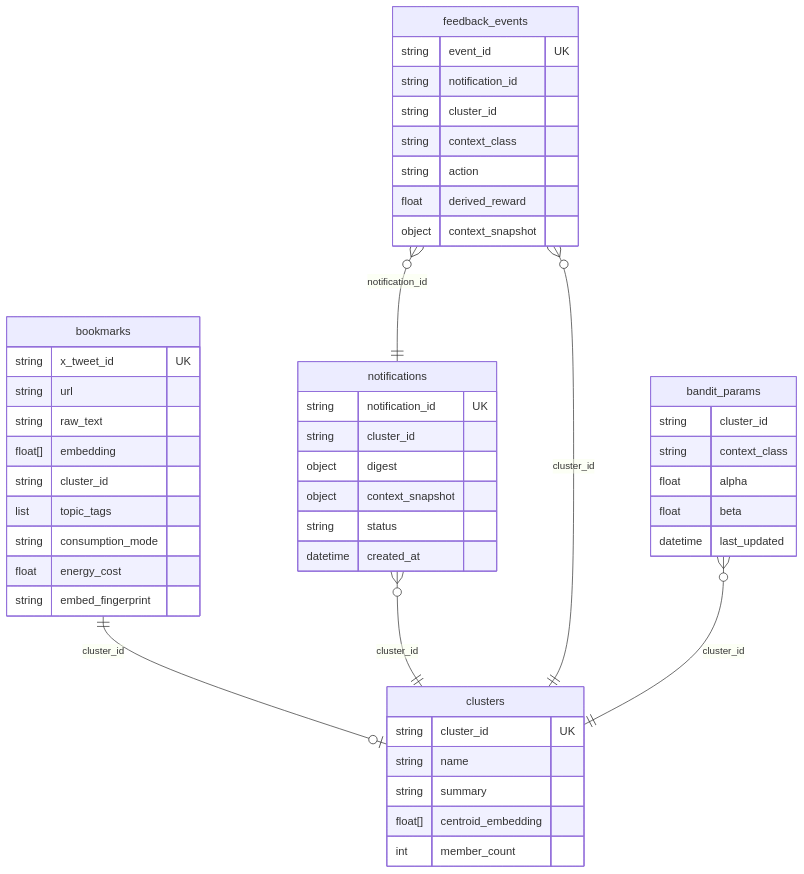
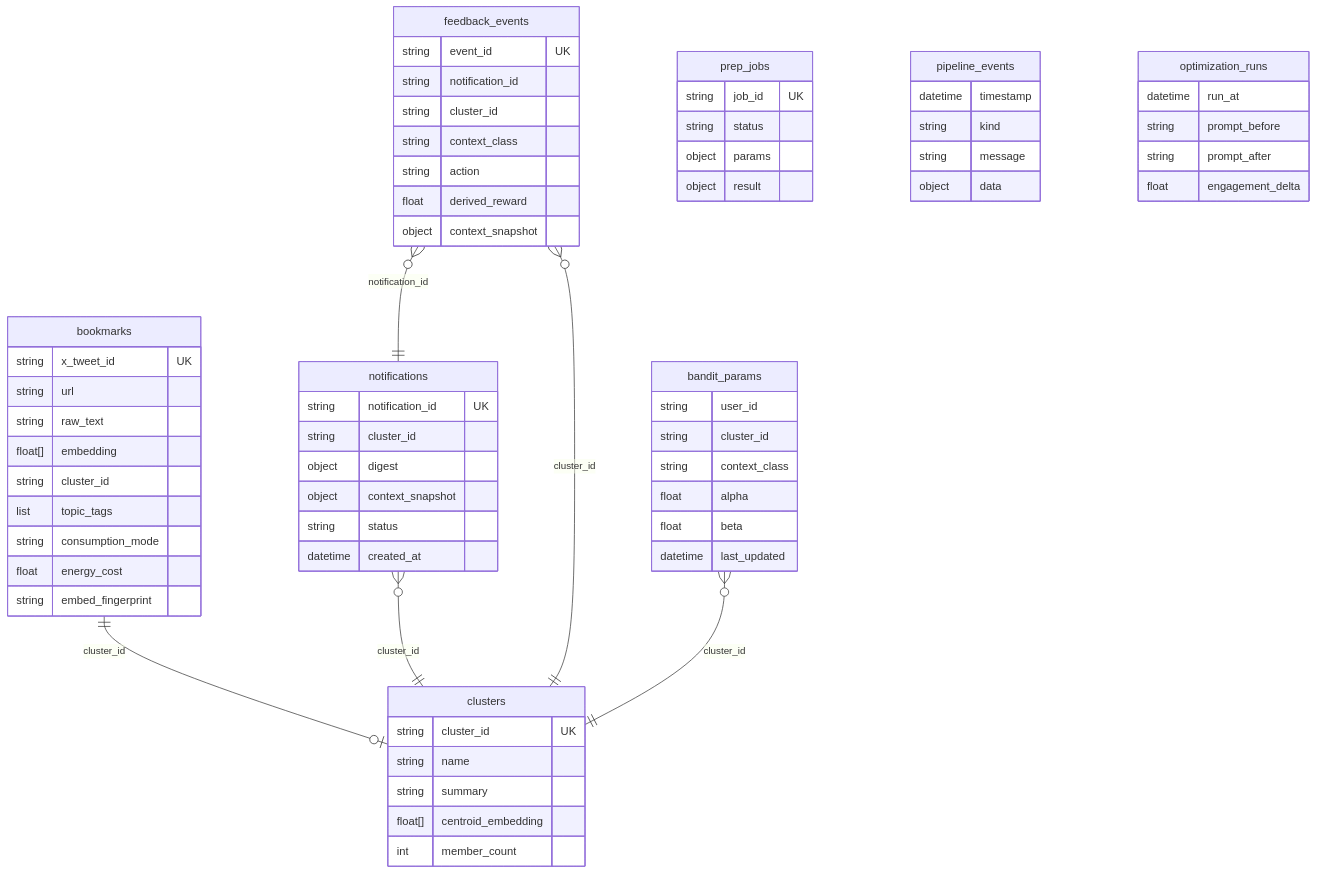
Before and after one commit to Sushmey/Kairos: diagram 16 of 19 in docs/ARCHITECTURE.md, drawn with Mermaid. The commit also changed other lines of this file and 126 other files, not shown here.

First line of the commit message:
Land P0–P3 simplification: prep pipeline, jobs, GEPA, and demo readiness.

````diff
--- a/docs/ARCHITECTURE.md
+++ b/docs/ARCHITECTURE.md
@@ -548,55 +621,77 @@
 ```mermaid
 erDiagram
     bookmarks ||--o| clusters : "cluster_id"
     notifications }o--|| clusters : "cluster_id"
     feedback_events }o--|| notifications : "notification_id"
     feedback_events }o--|| clusters : "cluster_id"
     bandit_params }o--|| clusters : "cluster_id"
 
     bookmarks {
         string x_tweet_id UK
         string url
         string raw_text
         float[] embedding
         string cluster_id
         list topic_tags
         string consumption_mode
         float energy_cost
         string embed_fingerprint
     }
 
     clusters {
         string cluster_id UK
         string name
         string summary
         float[] centroid_embedding
         int member_count
     }
 
     notifications {
         string notification_id UK
         string cluster_id
         object digest
         object context_snapshot
         string status
         datetime created_at
     }
 
     feedback_events {
         string event_id UK
         string notification_id
         string cluster_id
         string context_class
         string action
         float derived_reward
         object context_snapshot
     }
 
     bandit_params {
+        string user_id
         string cluster_id
         string context_class
         float alpha
         float beta
         datetime last_updated
     }
+
+    prep_jobs {
+        string job_id UK
+        string status
+        object params
+        object result
+    }
+
+    pipeline_events {
+        datetime timestamp
+        string kind
+        string message
+        object data
+    }
+
+    optimization_runs {
+        datetime run_at
+        string prompt_before
+        string prompt_after
+        float engagement_delta
+    }
 ```
````
